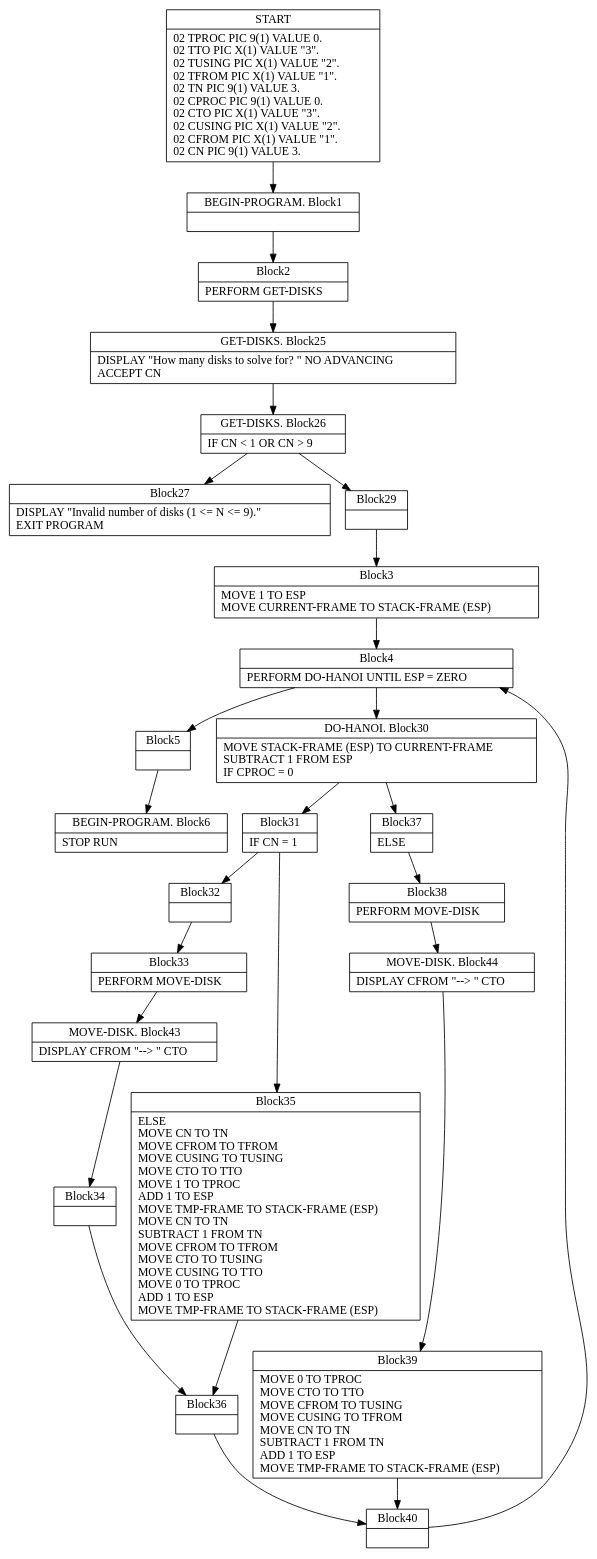
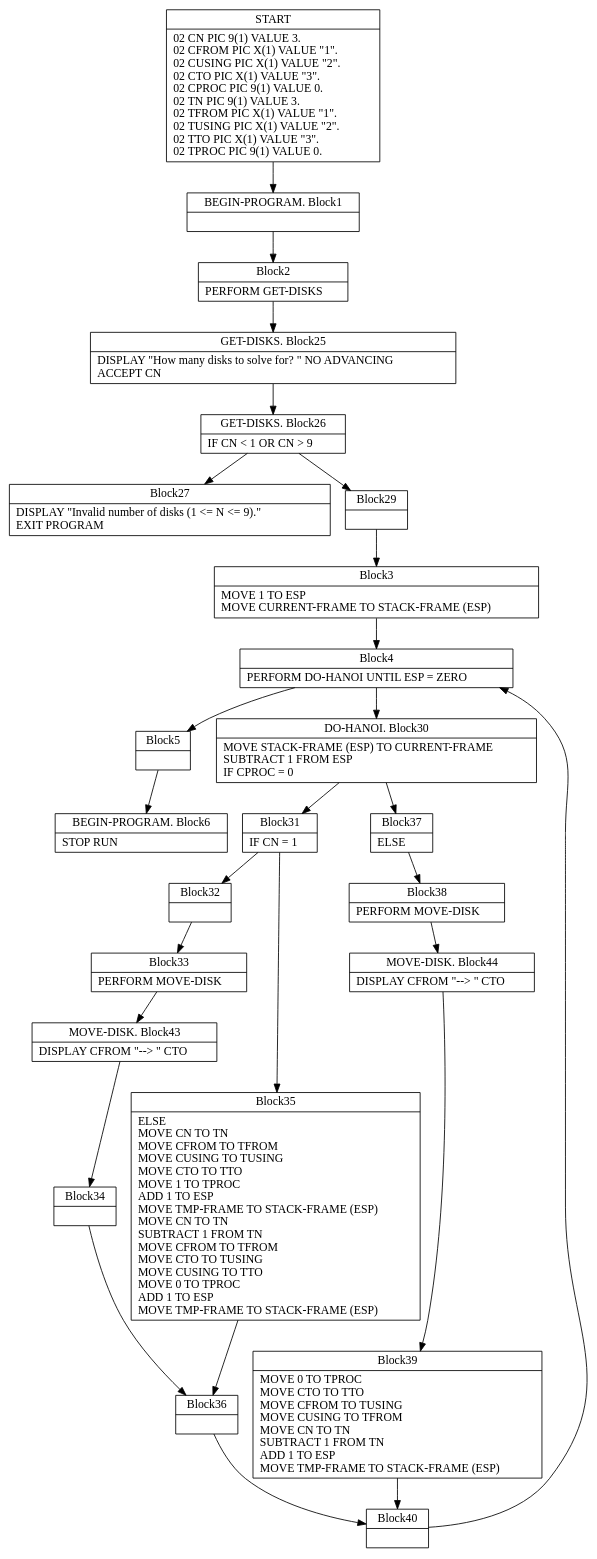
One commit to TypeCobolTeam/TypeCobol changed the diagram in TypeCobol.Analysis.Test/BasicCfgPrograms/HanoiPrg.dot. Above: the diagram before and after it, drawn with Graphviz. The commit also changed 2 other files, not shown here.

```diff
--- a/TypeCobol.Analysis.Test/BasicCfgPrograms/HanoiPrg.dot
+++ b/TypeCobol.Analysis.Test/BasicCfgPrograms/HanoiPrg.dot
@@ -1,109 +1,109 @@
 digraph Cfg {
 compound=true;
 node [
 shape = "record"
 ]
 
 edge [
 arrowtail = "empty"
 ]
 Block0 [
-label = "{START|    02  TPROC     PIC 9(1)    VALUE 0.\l    02  TTO       PIC X(1)    VALUE \"3\".\l    02  TUSING    PIC X(1)    VALUE \"2\".\l    02  TFROM     PIC X(1)    VALUE \"1\".\l    02  TN        PIC 9(1)    VALUE 3.\l    02  CPROC     PIC 9(1)    VALUE 0.\l    02  CTO       PIC X(1)    VALUE \"3\".\l    02  CUSING    PIC X(1)    VALUE \"2\".\l    02  CFROM     PIC X(1)    VALUE \"1\".\l    02  CN        PIC 9(1)    VALUE 3.\l}"
+label = "{START|    02  CN        PIC 9(1)    VALUE 3.\l    02  CFROM     PIC X(1)    VALUE \"1\".\l    02  CUSING    PIC X(1)    VALUE \"2\".\l    02  CTO       PIC X(1)    VALUE \"3\".\l    02  CPROC     PIC 9(1)    VALUE 0.\l    02  TN        PIC 9(1)    VALUE 3.\l    02  TFROM     PIC X(1)    VALUE \"1\".\l    02  TUSING    PIC X(1)    VALUE \"2\".\l    02  TTO       PIC X(1)    VALUE \"3\".\l    02  TPROC     PIC 9(1)    VALUE 0.\l}"
 ]
 Block1 [
 label = "{BEGIN-PROGRAM. Block1|}"
 ]
 Block2 [
 label = "{Block2|    PERFORM GET-DISKS\l}"
 ]
 Block25 [
 label = "{GET-DISKS. Block25|    DISPLAY \"How many disks to solve for? \" NO ADVANCING\l    ACCEPT CN\l}"
 ]
 Block26 [
 label = "{GET-DISKS. Block26|    IF CN \< 1 OR CN \> 9\l}"
 ]
 Block27 [
 label = "{Block27|        DISPLAY \"Invalid number of disks (1 \<= N \<= 9).\"\l        EXIT PROGRAM\l}"
 ]
 Block29 [
 label = "{Block29|}"
 ]
 Block3 [
 label = "{Block3|    MOVE 1 TO ESP\l    MOVE CURRENT-FRAME TO STACK-FRAME (ESP)\l}"
 ]
 Block4 [
 label = "{Block4|    PERFORM DO-HANOI            UNTIL ESP = ZERO\l}"
 ]
 Block5 [
 label = "{Block5|}"
 ]
 Block6 [
 label = "{BEGIN-PROGRAM. Block6|    STOP RUN\l}"
 ]
 Block30 [
 label = "{DO-HANOI. Block30|    MOVE STACK-FRAME (ESP) TO CURRENT-FRAME\l    SUBTRACT 1 FROM ESP\l    IF CPROC = 0\l}"
 ]
 Block31 [
 label = "{Block31|        IF CN = 1\l}"
 ]
 Block32 [
 label = "{Block32|}"
 ]
 Block33 [
 label = "{Block33|            PERFORM MOVE-DISK\l}"
 ]
 Block43 [
 label = "{MOVE-DISK. Block43|        DISPLAY CFROM          \"--\> \"          CTO\l}"
 ]
 Block34 [
 label = "{Block34|}"
 ]
 Block36 [
 label = "{Block36|}"
 ]
 Block40 [
 label = "{Block40|}"
 ]
 Block35 [
 label = "{Block35|        ELSE\l            MOVE CN TO TN\l            MOVE CFROM TO TFROM\l            MOVE CUSING TO TUSING\l            MOVE CTO TO TTO\l            MOVE 1 TO TPROC\l            ADD 1 TO ESP\l            MOVE TMP-FRAME TO STACK-FRAME (ESP)\l            MOVE CN TO TN\l            SUBTRACT 1 FROM TN\l            MOVE CFROM TO TFROM\l            MOVE CTO TO TUSING\l            MOVE CUSING TO TTO\l            MOVE 0 TO TPROC\l            ADD 1 TO ESP\l            MOVE TMP-FRAME TO STACK-FRAME (ESP)\l}"
 ]
 Block37 [
 label = "{Block37|    ELSE\l}"
 ]
 Block38 [
 label = "{Block38|        PERFORM MOVE-DISK\l}"
 ]
 Block44 [
 label = "{MOVE-DISK. Block44|        DISPLAY CFROM          \"--\> \"          CTO\l}"
 ]
 Block39 [
 label = "{Block39|        MOVE 0 TO TPROC\l        MOVE CTO TO TTO\l        MOVE CFROM TO TUSING\l        MOVE CUSING TO TFROM\l        MOVE CN TO TN\l        SUBTRACT 1 FROM TN\l        ADD 1 TO ESP\l        MOVE TMP-FRAME TO STACK-FRAME (ESP)\l}"
 ]
 Block0 -> Block1
 Block1 -> Block2
 Block2 -> Block25
 Block25 -> Block26
 Block26 -> Block27
 Block26 -> Block29
 Block29 -> Block3
 Block3 -> Block4
 Block4 -> Block5
 Block4 -> Block30
 Block5 -> Block6
 Block30 -> Block31
 Block30 -> Block37
 Block31 -> Block32
 Block31 -> Block35
 Block32 -> Block33
 Block33 -> Block43
 Block43 -> Block34
 Block34 -> Block36
 Block36 -> Block40
 Block40 -> Block4
 Block35 -> Block36
 Block37 -> Block38
 Block38 -> Block44
 Block44 -> Block39
 Block39 -> Block40
 
 }
```
